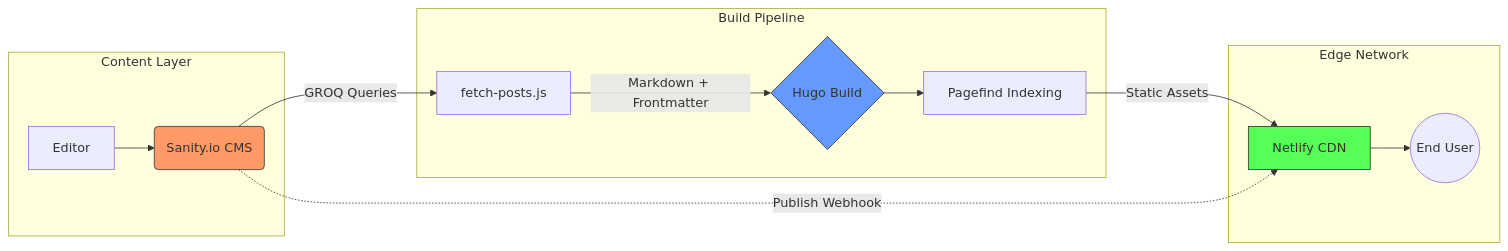
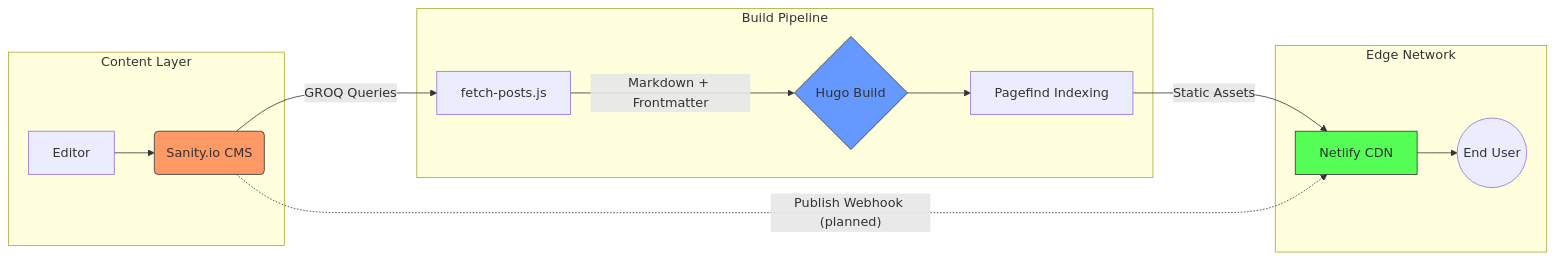
One commit to Kartik199/mind-the-lines changed the diagram in README.md. Above: the diagram before and after it, drawn with Mermaid. The commit also changed other lines of this file and 16 other files, not shown here.

````diff
--- a/README.md
+++ b/README.md
@@ -22,23 +24,23 @@
 ```mermaid
 graph LR
     subgraph CMS [Content Layer]
         A[Editor] --> B(Sanity.io CMS)
     end
 
     subgraph Build [Build Pipeline]
         C[fetch-posts.js] -- "Markdown + Frontmatter" --> D{Hugo Build}
         D --> E[Pagefind Indexing]
     end
 
     subgraph Distribution [Edge Network]
         E -- "Static Assets" --> F[Netlify CDN]
         F --> G((End User))
     end
 
     B -- "GROQ Queries" --> C
-    B -. "Publish Webhook" .-> F
+    B -. "Publish Webhook (planned)" .-> F
 
     style B fill:#f96,stroke:#333,stroke-width:1px
     style D fill:#69f,stroke:#333,stroke-width:1px
     style F fill:#5f5,stroke:#333,stroke-width:1px
 ```
````
